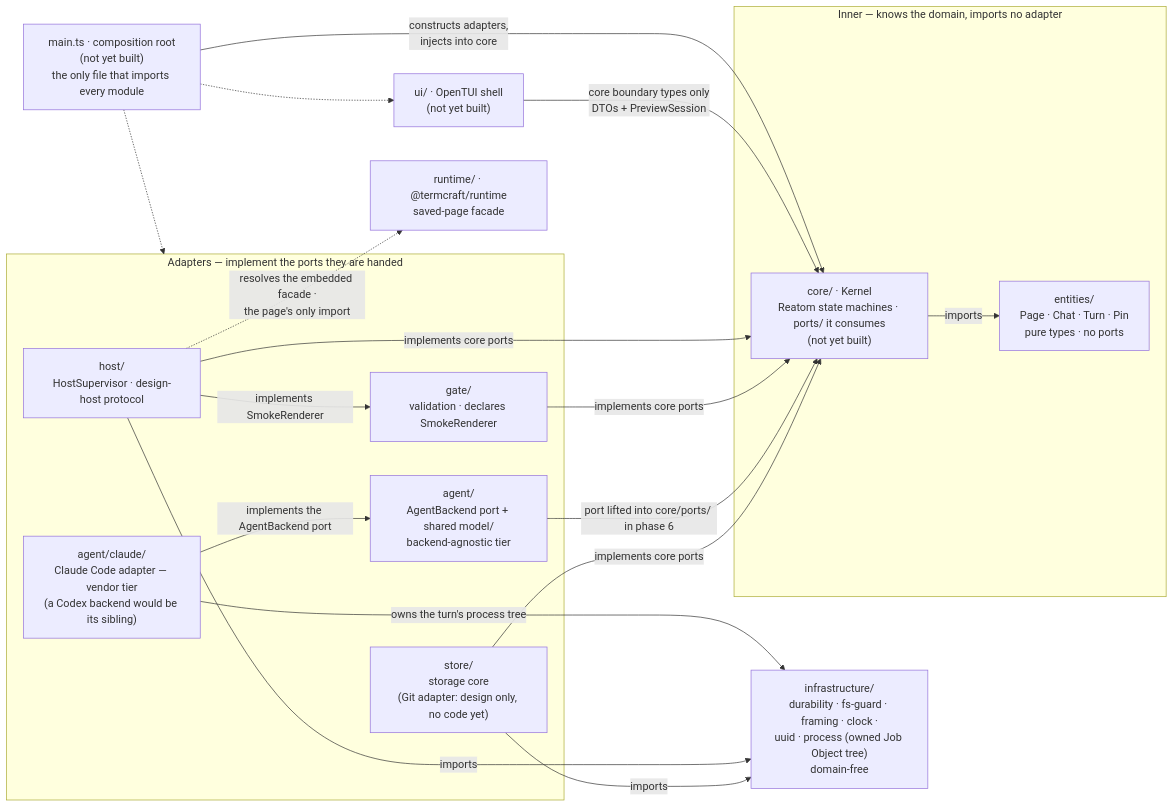
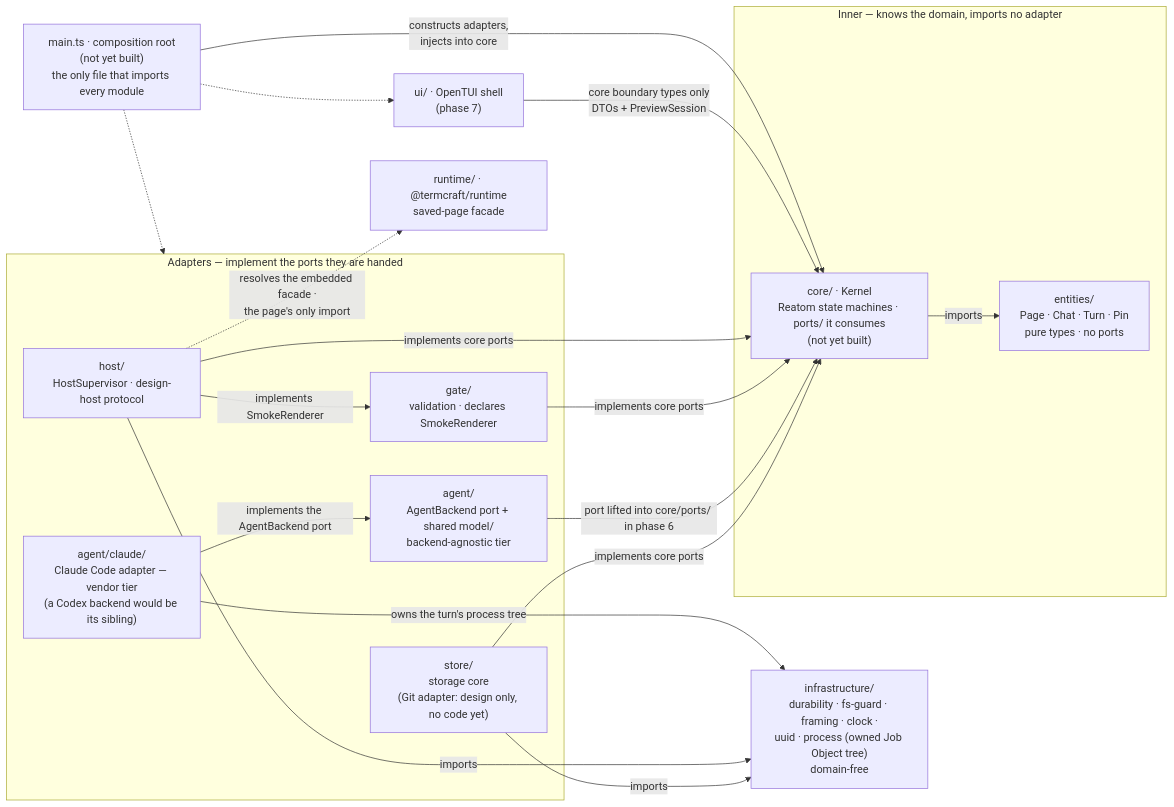
One commit to khmilevoi/termcraft changed the diagram in docs/architecture/code-structure.md. Above: the diagram before and after it, drawn with Mermaid. The commit also changed other lines of this file and 2 other files, not shown here.

First line of the commit message:
docs(architecture): mark the ui/ module landed (phase 7)

````diff
--- a/docs/architecture/code-structure.md
+++ b/docs/architecture/code-structure.md
@@ -17,37 +18,37 @@
 ```mermaid
 flowchart LR
     main["main.ts · composition root<br/>(not yet built)<br/>the only file that imports every module"]
 
     subgraph adapters["Adapters — implement the ports they are handed"]
         store["store/<br/>storage core<br/>(Git adapter: design only, no code yet)"]
         agent["agent/<br/>AgentBackend port + shared model/<br/>backend-agnostic tier"]
         claude["agent/claude/<br/>Claude Code adapter — vendor tier<br/>(a Codex backend would be its sibling)"]
         gate["gate/<br/>validation · declares SmokeRenderer"]
         host["host/<br/>HostSupervisor · design-host protocol"]
     end
 
     subgraph inner["Inner — knows the domain, imports no adapter"]
         core["core/ · Kernel<br/>Reatom state machines · ports/ it consumes<br/>(not yet built)"]
         entities["entities/<br/>Page · Chat · Turn · Pin<br/>pure types · no ports"]
     end
 
-    ui["ui/ · OpenTUI shell<br/>(not yet built)"]
+    ui["ui/ · OpenTUI shell<br/>(phase 7)"]
     runtime["runtime/ · @termcraft/runtime<br/>saved-page facade"]
     infra["infrastructure/<br/>durability · fs-guard · framing · clock ·<br/>uuid · process (owned Job Object tree)<br/>domain-free"]
 
     core -- imports --> entities
     store -- "implements core ports" --> core
     agent -- "port lifted into core/ports/ in phase 6" --> core
     gate -- "implements core ports" --> core
     host -- "implements core ports" --> core
     host -- "implements SmokeRenderer" --> gate
     claude -- "implements the AgentBackend port" --> agent
     ui -- "core boundary types only<br/>DTOs + PreviewSession" --> core
     store -- imports --> infra
     host -- imports --> infra
     claude -- "owns the turn's process tree" --> infra
     host -. "resolves the embedded facade ·<br/>the page's only import" .-> runtime
     main -- "constructs adapters,<br/>injects into core" --> core
     main -.-> adapters
     main -.-> ui
 ```
````
